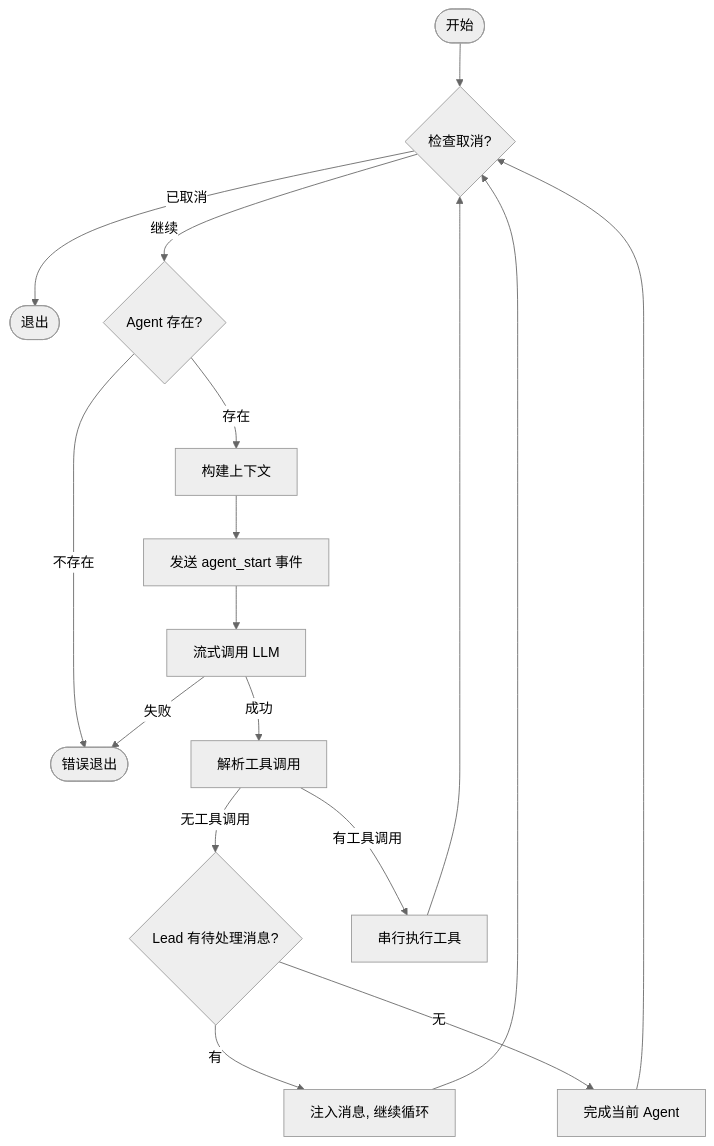
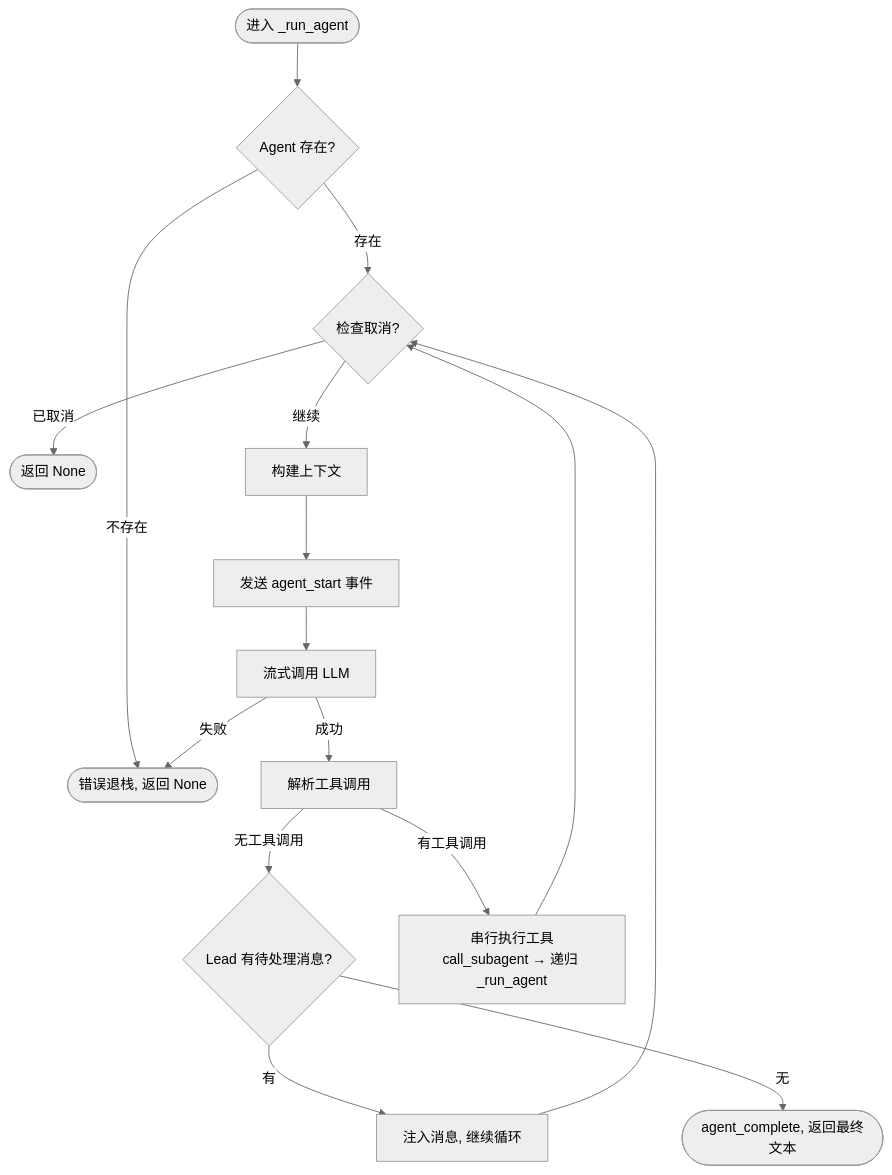
One commit to Neutrino1998/artifact-flow changed the first of 3 diagrams in docs/architecture/engine.md. Above: the diagram before and after it, drawn with Mermaid (neutral theme). The commit also changed other lines of this file and 13 other files, not shown here.

First line of the commit message:
refactor(engine): call_subagent 原地递归(嵌套串行),同轮混合调用按自然序执行

````diff
--- a/docs/architecture/engine.md
+++ b/docs/architecture/engine.md
@@ -30,19 +32,18 @@
 ```mermaid
 flowchart TD
-    START([开始]) --> CHECK_CANCEL{检查取消?}
-    CHECK_CANCEL -->|已取消| EXIT([退出])
-    CHECK_CANCEL -->|继续| VALIDATE{Agent 存在?}
-    VALIDATE -->|不存在| ERROR([错误退出])
-    VALIDATE -->|存在| BUILD[构建上下文]
+    START([进入 _run_agent]) --> VALIDATE{Agent 存在?}
+    VALIDATE -->|不存在| ERROR([错误退栈, 返回 None])
+    VALIDATE -->|存在| CHECK_CANCEL{检查取消?}
+    CHECK_CANCEL -->|已取消| EXIT([返回 None])
+    CHECK_CANCEL -->|继续| BUILD[构建上下文]
     BUILD --> AGENT_START[发送 agent_start 事件]
     AGENT_START --> LLM[流式调用 LLM]
     LLM -->|失败| ERROR
     LLM -->|成功| PARSE[解析工具调用]
     PARSE -->|无工具调用| DRAIN{Lead 有待处理消息?}
     DRAIN -->|有| CONTINUE[注入消息, 继续循环]
-    DRAIN -->|无| COMPLETE[完成当前 Agent]
-    PARSE -->|有工具调用| EXEC[串行执行工具]
+    DRAIN -->|无| COMPLETE([agent_complete, 返回最终文本])
+    PARSE -->|有工具调用| EXEC[串行执行工具<br/>call_subagent → 递归 _run_agent]
     EXEC --> CHECK_CANCEL
-    COMPLETE --> CHECK_CANCEL
     CONTINUE --> CHECK_CANCEL
 ```
````
